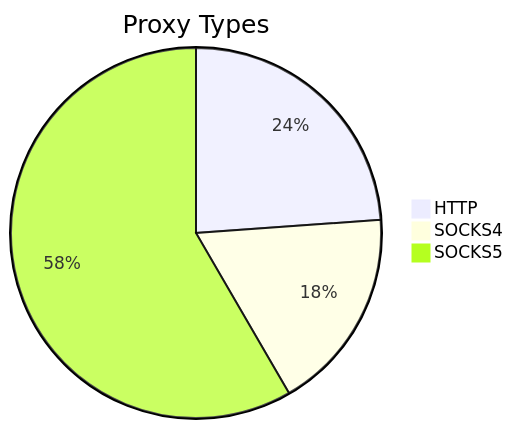
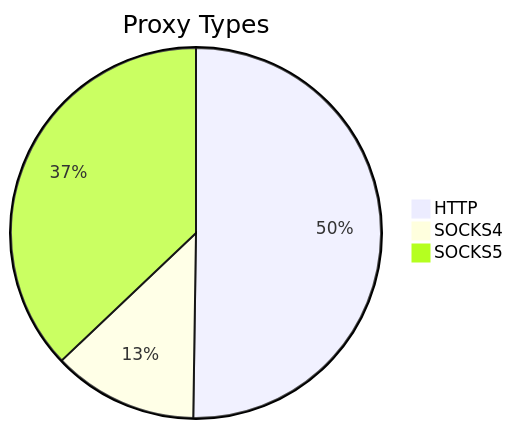
The first of 2 diagrams in README.md (stormsia/proxy-list), drawn with Mermaid before and after one commit. The commit also changed other lines of this file, not shown here.

````diff
--- a/README.md
+++ b/README.md
@@ -21,6 +21,6 @@
 ```mermaid
 pie title Proxy Types
-    "HTTP" : 94
-    "SOCKS4" : 70
-    "SOCKS5" : 230
+    "HTTP" : 107
+    "SOCKS4" : 27
+    "SOCKS5" : 79
 ```
````
